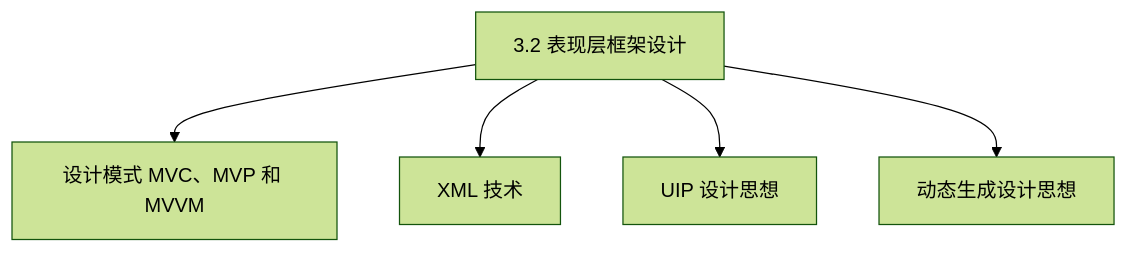
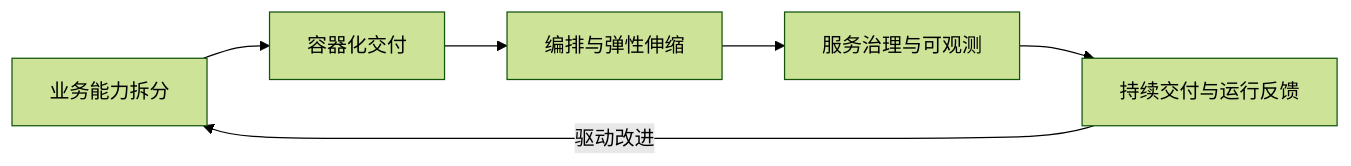
The fourth of 9 diagrams in docs/system-architecture-designer/01_官方大纲与考试政策/02_案例分析大纲脑图.md (mingf423/ruankao), drawn with Mermaid (forest theme) before and after one commit. The commit also changed other lines of this file, not shown here.

Commit message:
Redesign case diagrams as concise architecture concept maps

````diff
--- a/docs/system-architecture-designer/01_官方大纲与考试政策/02_案例分析大纲脑图.md
+++ b/docs/system-architecture-designer/01_官方大纲与考试政策/02_案例分析大纲脑图.md
@@ -156,12 +53,8 @@
 ```mermaid
-flowchart TD
-  R["3.2 表现层框架设计"]
-  N1["设计模式 MVC、MVP 和 MVVM"]
-  R --> N1
-  N2["XML 技术"]
-  R --> N2
-  N3["UIP 设计思想"]
-  R --> N3
-  N4["动态生成设计思想"]
-  R --> N4
+flowchart LR
+  A["业务能力拆分"] --> B["容器化交付"]
+  B --> C["编排与弹性伸缩"]
+  C --> D["服务治理与可观测"]
+  D --> E["持续交付与运行反馈"]
+  E -->|"驱动改进"| A
 ```
````
